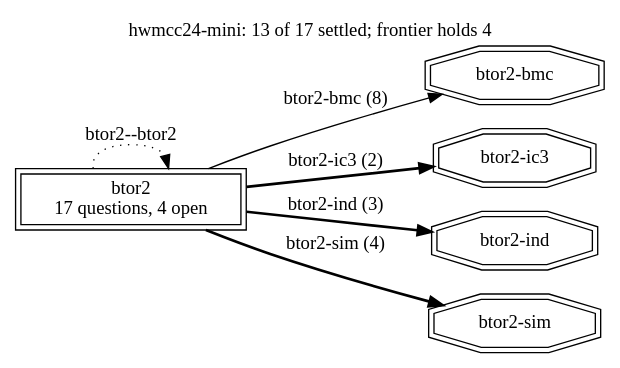
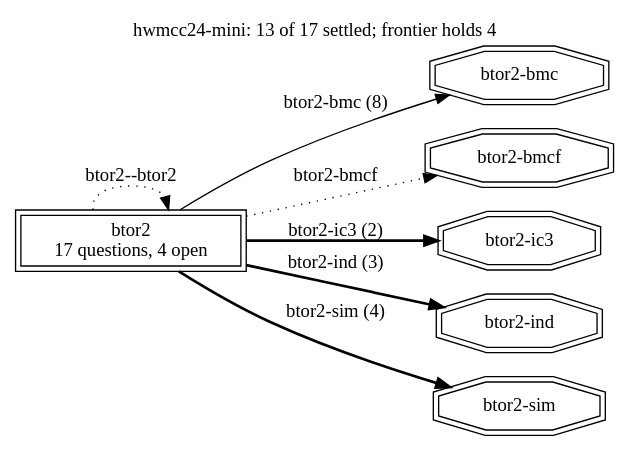
The diagram in runs/hwmcc24-mini/frontier.dot (cksystemsgroup/hurdy-gurdy), drawn with Graphviz before and after one commit. The commit also changed 18 other files, not shown here.

```diff
--- a/runs/hwmcc24-mini/frontier.dot
+++ b/runs/hwmcc24-mini/frontier.dot
@@ -1,15 +1,17 @@
 digraph "hwmcc24-mini" {
   rankdir=LR; labelloc=t;
   label="hwmcc24-mini: 13 of 17 settled; frontier holds 4";
   node [shape=box];
   "btor2" [peripheries=2, label="btor2\n17 questions, 4 open"];
   "btor2" -> "btor2" [style=dotted, label="btor2--btor2"];
   "terminal:btor2-bmc" [shape=doubleoctagon, label="btor2-bmc"];
   "btor2" -> "terminal:btor2-bmc" [style=solid, label="btor2-bmc (8)"];
+  "terminal:btor2-bmcf" [shape=doubleoctagon, label="btor2-bmcf"];
+  "btor2" -> "terminal:btor2-bmcf" [style=dotted, label="btor2-bmcf"];
   "terminal:btor2-ic3" [shape=doubleoctagon, label="btor2-ic3"];
   "btor2" -> "terminal:btor2-ic3" [style=bold, label="btor2-ic3 (2)"];
   "terminal:btor2-ind" [shape=doubleoctagon, label="btor2-ind"];
   "btor2" -> "terminal:btor2-ind" [style=bold, label="btor2-ind (3)"];
   "terminal:btor2-sim" [shape=doubleoctagon, label="btor2-sim"];
   "btor2" -> "terminal:btor2-sim" [style=bold, label="btor2-sim (4)"];
 }
```
